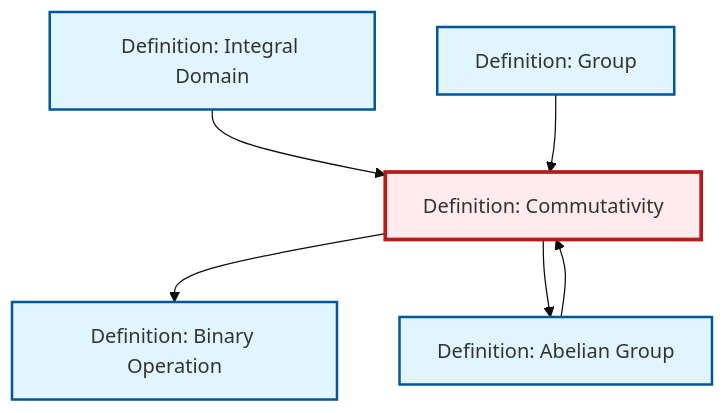
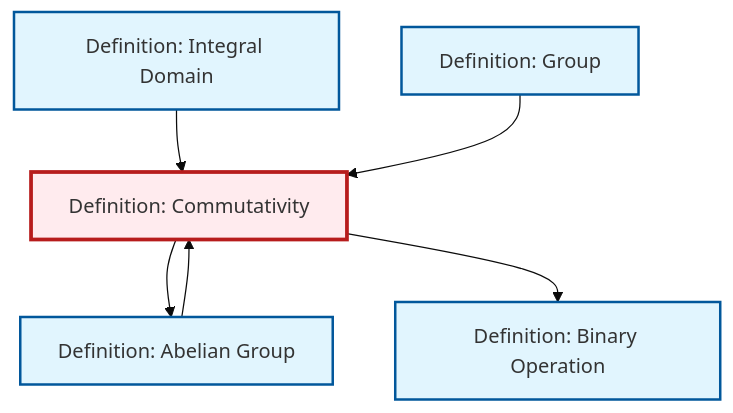
The diagram in content/en/algebra/def-commutativity.qmd (RK0429/ModernMath), drawn with Mermaid (base theme) before and after one commit. The commit also changed other lines of this file and 328 other files, not shown here.

````diff
--- a/content/en/algebra/def-commutativity.qmd
+++ b/content/en/algebra/def-commutativity.qmd
@@ -93,24 +93,24 @@
 ```{mermaid}
 %%| fig-cap: "Local dependency graph"
 graph TD
     classDef definition fill:#e1f5fe,stroke:#01579b,stroke-width:2px
     classDef theorem fill:#f3e5f5,stroke:#4a148c,stroke-width:2px
     classDef axiom fill:#fff3e0,stroke:#e65100,stroke-width:2px
     classDef example fill:#e8f5e9,stroke:#1b5e20,stroke-width:2px
     classDef current fill:#ffebee,stroke:#b71c1c,stroke-width:3px
+    def-integral-domain["Definition: Integral Domain"]:::definition
+    def-abelian-group["Definition: Abelian Group"]:::definition
+    def-group["Definition: Group"]:::definition
     def-binary-operation["Definition: Binary Operation"]:::definition
-    def-integral-domain["Definition: Integral Domain"]:::definition
     def-commutativity["Definition: Commutativity"]:::definition
-    def-group["Definition: Group"]:::definition
-    def-abelian-group["Definition: Abelian Group"]:::definition
-    def-commutativity --> def-binary-operation
+    def-commutativity --> def-abelian-group
+    def-abelian-group --> def-commutativity
     def-integral-domain --> def-commutativity
     def-group --> def-commutativity
-    def-commutativity --> def-abelian-group
-    def-abelian-group --> def-commutativity
+    def-commutativity --> def-binary-operation
     class def-commutativity current
+    click def-integral-domain "def-integral-domain.html" "Go to Integral Domain definition"
+    click def-abelian-group "def-abelian-group.html" "Go to Abelian Group definition"
+    click def-group "def-group.html" "Go to Group definition"
     click def-binary-operation "def-binary-operation.html" "Go to Binary Operation definition"
-    click def-integral-domain "def-integral-domain.html" "Go to Integral Domain definition"
-    click def-group "def-group.html" "Go to Group definition"
-    click def-abelian-group "def-abelian-group.html" "Go to Abelian Group definition"
 ```
````
